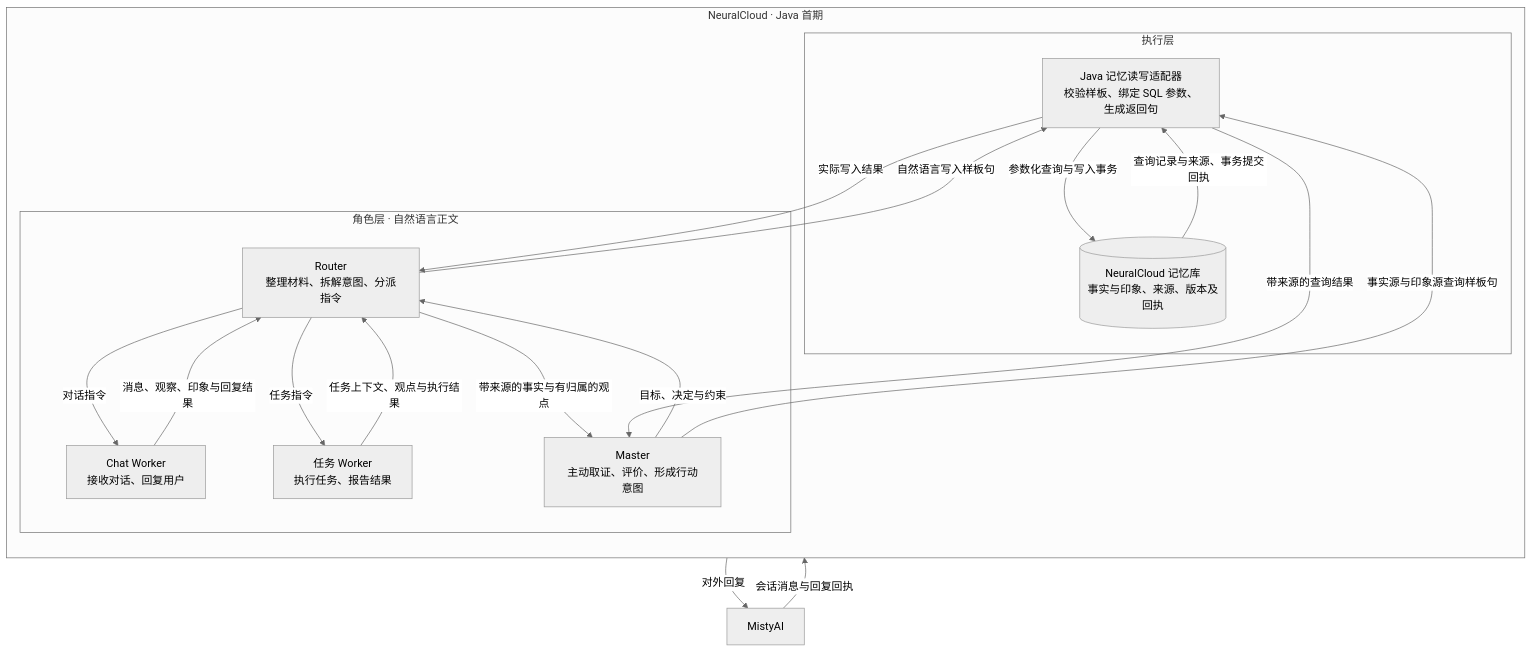
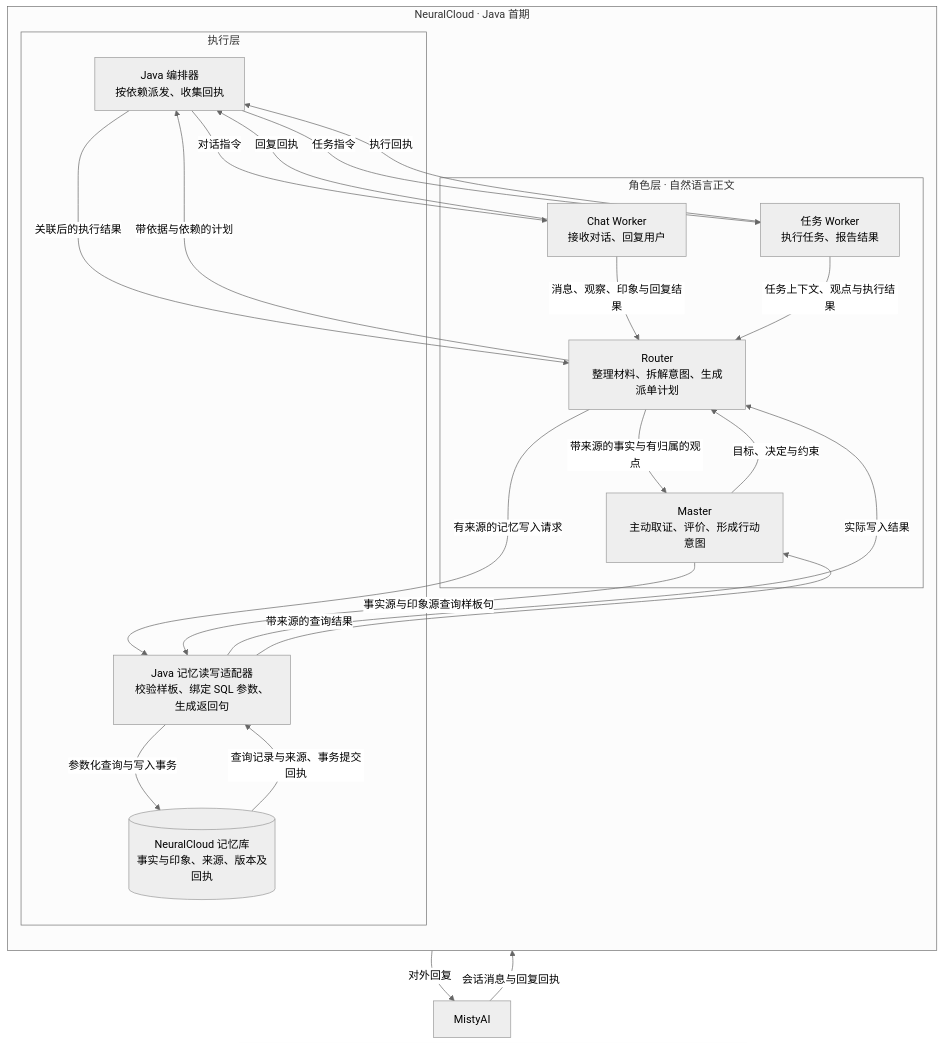
One commit to QiuYuAkiGO/NeuralCloud changed the first of 2 diagrams in docs/proposals/master-worker-router-software-design-20261119.md. Above: the diagram before and after it, drawn with Mermaid (neutral theme). The commit also changed other lines of this file and 2 other files, not shown here.

Commit message:
确定 27B 联调基准并细化 Router 首版设计

````diff
--- a/docs/proposals/master-worker-router-software-design-20261119.md
+++ b/docs/proposals/master-worker-router-software-design-20261119.md
@@ -7,31 +7,36 @@
 ```mermaid
 flowchart TB
     Misty["MistyAI"]
     subgraph NC["NeuralCloud · Java 首期"]
         direction TB
         subgraph Roles["角色层 · 自然语言正文"]
             Chat["Chat Worker<br/>接收对话、回复用户"]
             Task["任务 Worker<br/>执行任务、报告结果"]
-            Router["Router<br/>整理材料、拆解意图、分派指令"]
+            Router["Router<br/>整理材料、拆解意图、生成派单计划"]
             Master["Master<br/>主动取证、评价、形成行动意图"]
             Chat -->|"消息、观察、印象与回复结果"| Router
             Task -->|"任务上下文、观点与执行结果"| Router
             Router -->|"带来源的事实与有归属的观点"| Master
             Master -->|"目标、决定与约束"| Router
-            Router -->|"对话指令"| Chat
-            Router -->|"任务指令"| Task
         end
         subgraph Execution["执行层"]
+            Orchestrator["Java 编排器<br/>按依赖派发、收集回执"]
             Adapter["Java 记忆读写适配器<br/>校验样板、绑定 SQL 参数、生成返回句"]
             Memory[("NeuralCloud 记忆库<br/>事实与印象、来源、版本及回执")]
             Adapter -->|"参数化查询与写入事务"| Memory
             Memory -->|"查询记录与来源、事务提交回执"| Adapter
         end
-        Router -->|"自然语言写入样板句"| Adapter
+        Router -->|"带依据与依赖的计划"| Orchestrator
+        Orchestrator -->|"对话指令"| Chat
+        Orchestrator -->|"任务指令"| Task
+        Chat -->|"回复回执"| Orchestrator
+        Task -->|"执行回执"| Orchestrator
+        Orchestrator -->|"关联后的执行结果"| Router
+        Router -->|"有来源的记忆写入请求"| Adapter
         Adapter -->|"实际写入结果"| Router
         Master -->|"事实源与印象源查询样板句"| Adapter
         Adapter -->|"带来源的查询结果"| Master
     end
     Misty -->|"会话消息与回复回执"| Chat
     Chat -->|"对外回复"| Misty
 ```
````
